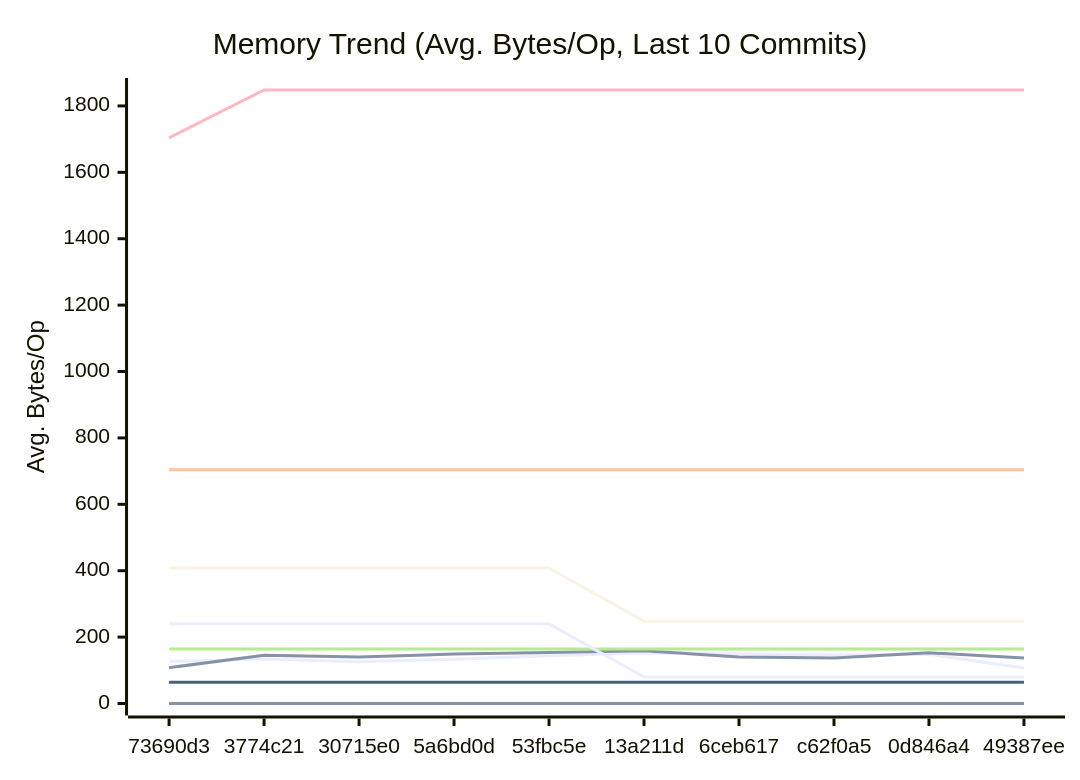
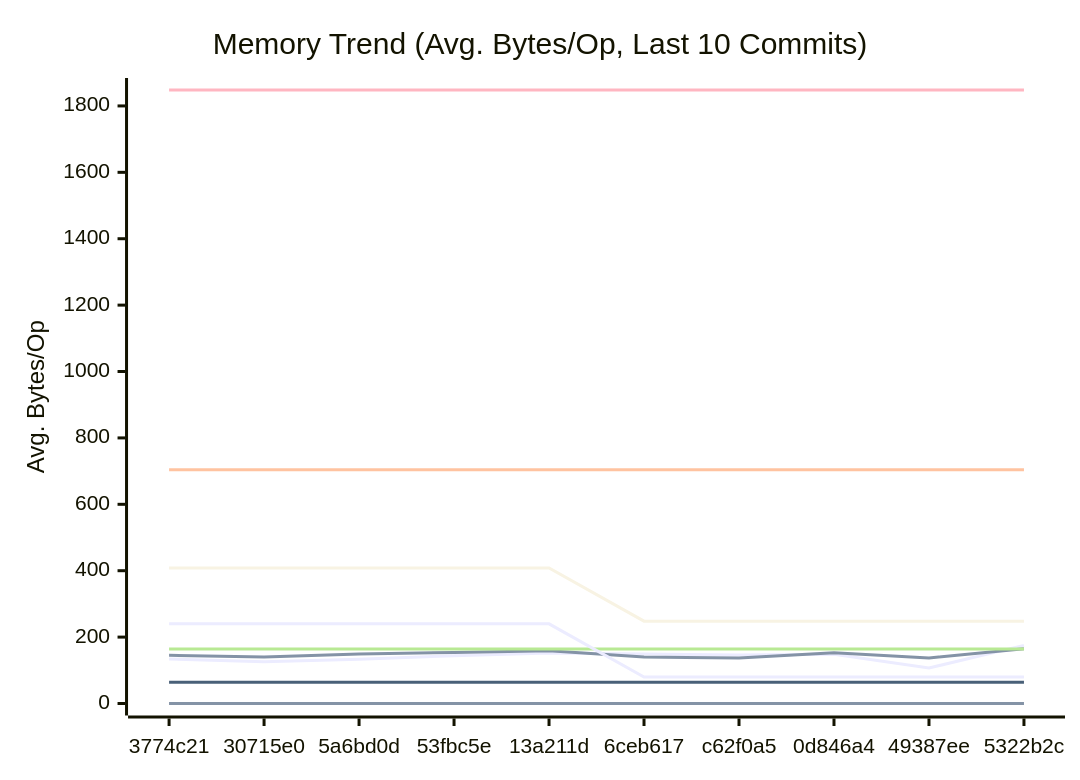
Before and after one commit to alsotoes/momo: the second of 3 diagrams in docs/PERFORMANCE.md, drawn with Mermaid. The commit also changed other lines of this file and 4 other files, not shown here.

````diff
--- a/docs/PERFORMANCE.md
+++ b/docs/PERFORMANCE.md
@@ -171,20 +171,20 @@
 ```mermaid
 xychart-beta
     title "Memory Trend (Avg. Bytes/Op, Last 10 Commits)"
     x-axis "Commit"
     y-axis "Avg. Bytes/Op"
-    x-axis [73690d3,3774c21,30715e0,5a6bd0d,53fbc5e,13a211d,6ceb617,c62f0a5,0d846a4,49387ee]
-    line "AWSChunkedReaderSigned" [127,134,126,133,144,152,149,146,148,107]
-    line "AWSChunkedReaderUnsigned" [108,145,140,149,154,159,140,137,153,137]
+    x-axis [3774c21,30715e0,5a6bd0d,53fbc5e,13a211d,6ceb617,c62f0a5,0d846a4,49387ee,5322b2c]
+    line "AWSChunkedReaderSigned" [134,126,133,144,152,149,146,148,107,175]
+    line "AWSChunkedReaderUnsigned" [145,140,149,154,159,140,137,153,137,165]
     line "CheckMetricsAndSwap" [0,0,0,0,0,0,0,0,0,0]
     line "CrushOptimized" [0,0,0,0,0,0,0,0,0,0]
     line "CrushOriginal" [164,164,164,164,164,164,164,164,164,164]
     line "IndexDirectTracking" [0,0,0,0,0,0,0,0,0,0]
     line "IndexSearch" [0,0,0,0,0,0,0,0,0,0]
-    line "LoadGlobalConfig" [1704,1848,1848,1848,1848,1848,1848,1848,1848,1848]
+    line "LoadGlobalConfig" [1848,1848,1848,1848,1848,1848,1848,1848,1848,1848]
     line "PadString" [64,64,64,64,64,64,64,64,64,64]
     line "ParseReplicationOrder_NoPrealloc" [408,408,408,408,408,248,248,248,248,248]
     line "ParseReplicationOrder_Prealloc" [240,240,240,240,240,80,80,80,80,80]
     line "SanitizeLog/Safe" [0,0,0,0,0,0,0,0,0,0]
     line "SanitizeLog/Unsafe" [704,704,704,704,704,704,704,704,704,704]
 ```
````
